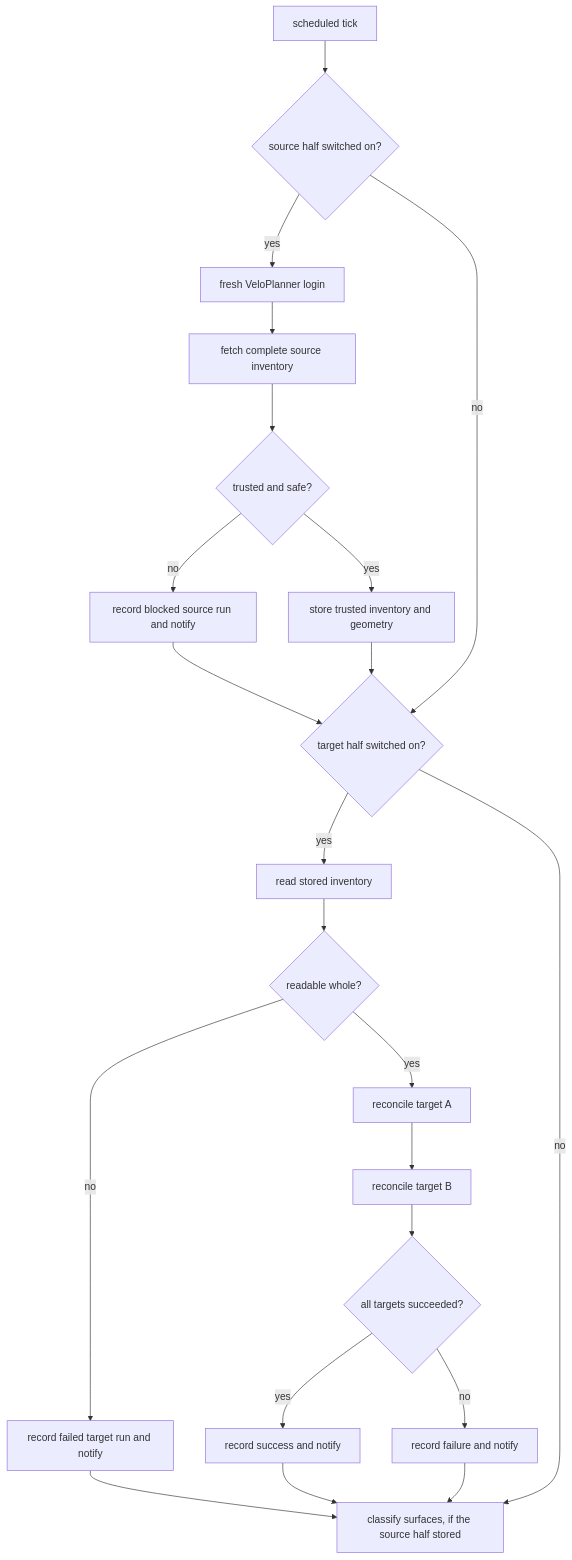
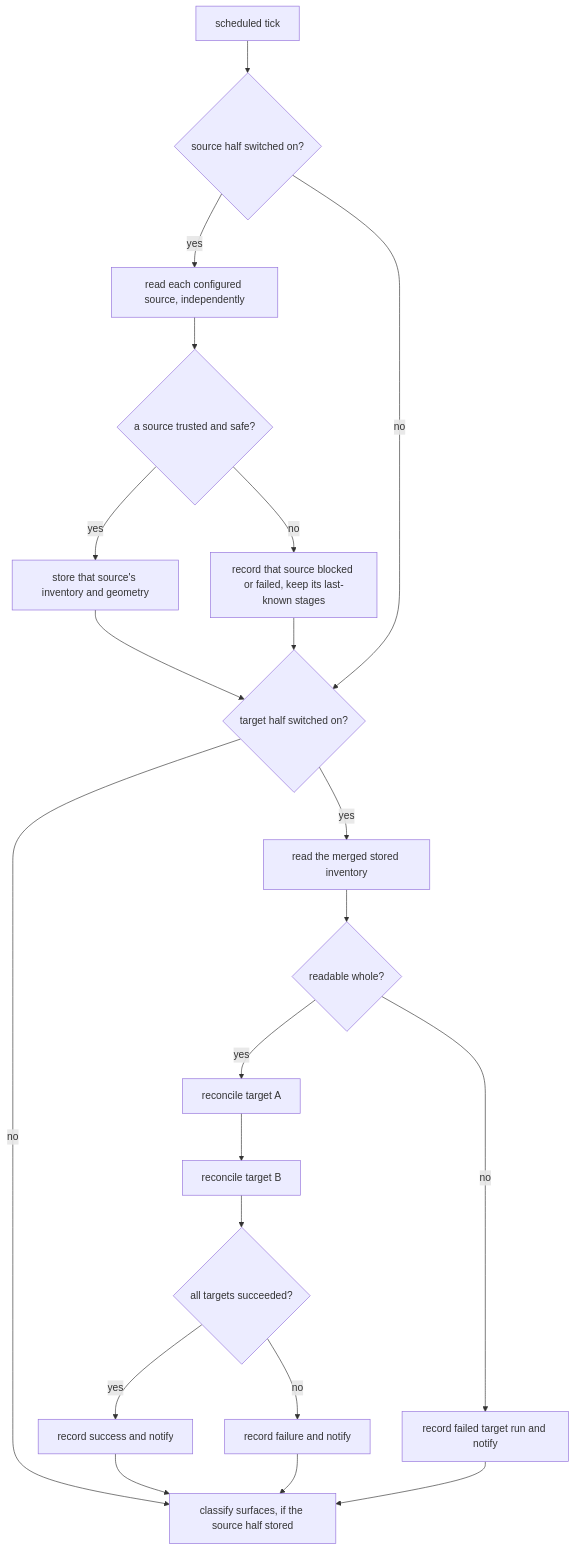
The second of 2 diagrams in docs/specs/sync-lifecycle.md (nobbs/domestique), drawn with Mermaid before and after one commit. The commit also changed other lines of this file and 9 other files, not shown here.

First line of the commit message:
refactor(sync): read a set of sources and isolate each source's failure (#187)

```diff
--- a/docs/specs/sync-lifecycle.md
+++ b/docs/specs/sync-lifecycle.md
@@ -258,24 +258,23 @@
 ~~~mermaid
 flowchart TD
     Start["scheduled tick"] --> SourceOn{"source half switched on?"}
-    SourceOn -- yes --> Login["fresh VeloPlanner login"]
-    Login --> Inventory["fetch complete source inventory"]
-    Inventory --> Guard{"trusted and safe?"}
-    Guard -- no --> Block["record blocked source run and notify"]
-    Guard -- yes --> Store["store trusted inventory and geometry"]
+    SourceOn -- yes --> Inventory["read each configured source, independently"]
+    Inventory --> Guard{"a source trusted and safe?"}
+    Guard -- no --> Block["record that source blocked or failed, keep its last-known stages"]
+    Guard -- yes --> Store["store that source's inventory and geometry"]
     Store --> TargetsOn{"target half switched on?"}
+    Block --> TargetsOn
     SourceOn -- no --> TargetsOn
-    Block --> TargetsOn
-    TargetsOn -- yes --> Read["read stored inventory"]
+    TargetsOn -- yes --> Read["read the merged stored inventory"]
     Read --> Readable{"readable whole?"}
     Readable -- no --> StateFail["record failed target run and notify"]
     Readable -- yes --> A["reconcile target A"]
     A --> B["reconcile target B"]
     B --> Result{"all targets succeeded?"}
     Result -- yes --> Success["record success and notify"]
     Result -- no --> Failure["record failure and notify"]
     TargetsOn -- no --> Enrich["classify surfaces, if the source half stored"]
     Success --> Enrich
     Failure --> Enrich
     StateFail --> Enrich
 ~~~
```
